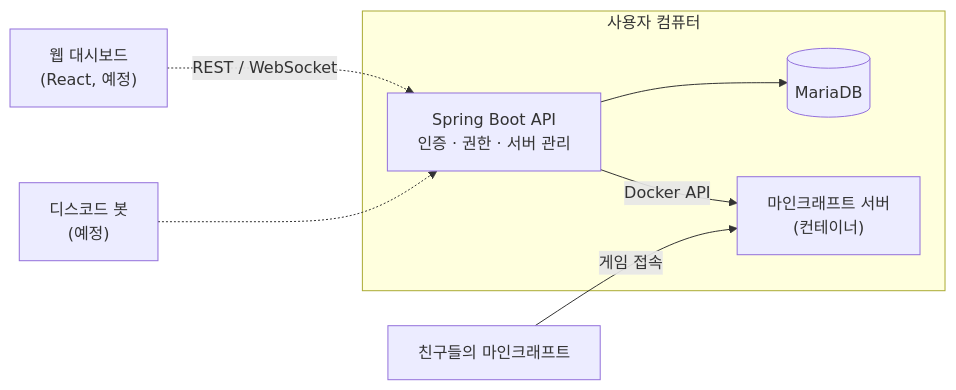
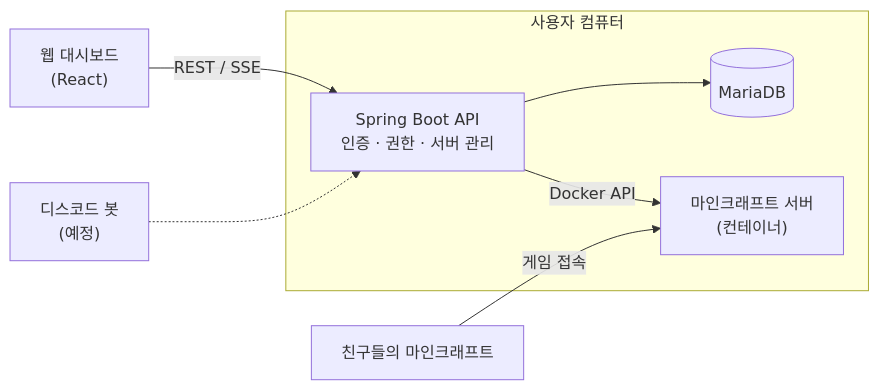
Before and after one commit to Sleep404NF/serverdock: the diagram in README.md, drawn with Mermaid. The commit also changed other lines of this file, not shown here.

````diff
--- a/README.md
+++ b/README.md
@@ -58,12 +61,12 @@
 ```mermaid
 flowchart LR
-    Web["웹 대시보드<br/>(React, 예정)"] -.->|REST / WebSocket| API
+    Web["웹 대시보드<br/>(React)"] -->|REST / SSE| API
     Bot["디스코드 봇<br/>(예정)"] -.-> API
 
     subgraph Host["사용자 컴퓨터"]
         API["Spring Boot API<br/>인증 · 권한 · 서버 관리"] --> DB[("MariaDB")]
         API -->|Docker API| MC["마인크래프트 서버<br/>(컨테이너)"]
     end
 
     Friends["친구들의 마인크래프트"] -->|게임 접속| MC
 ```
````
